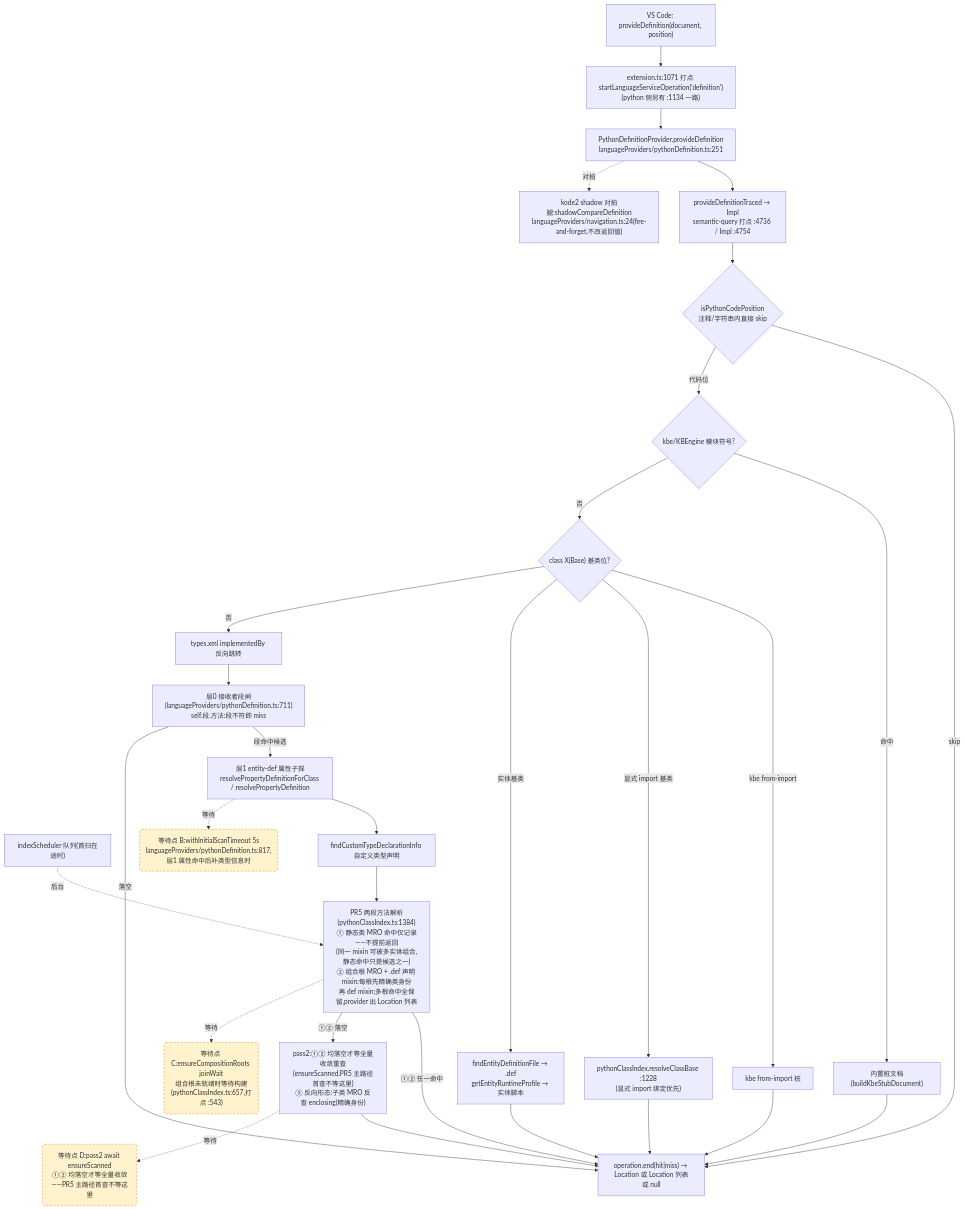
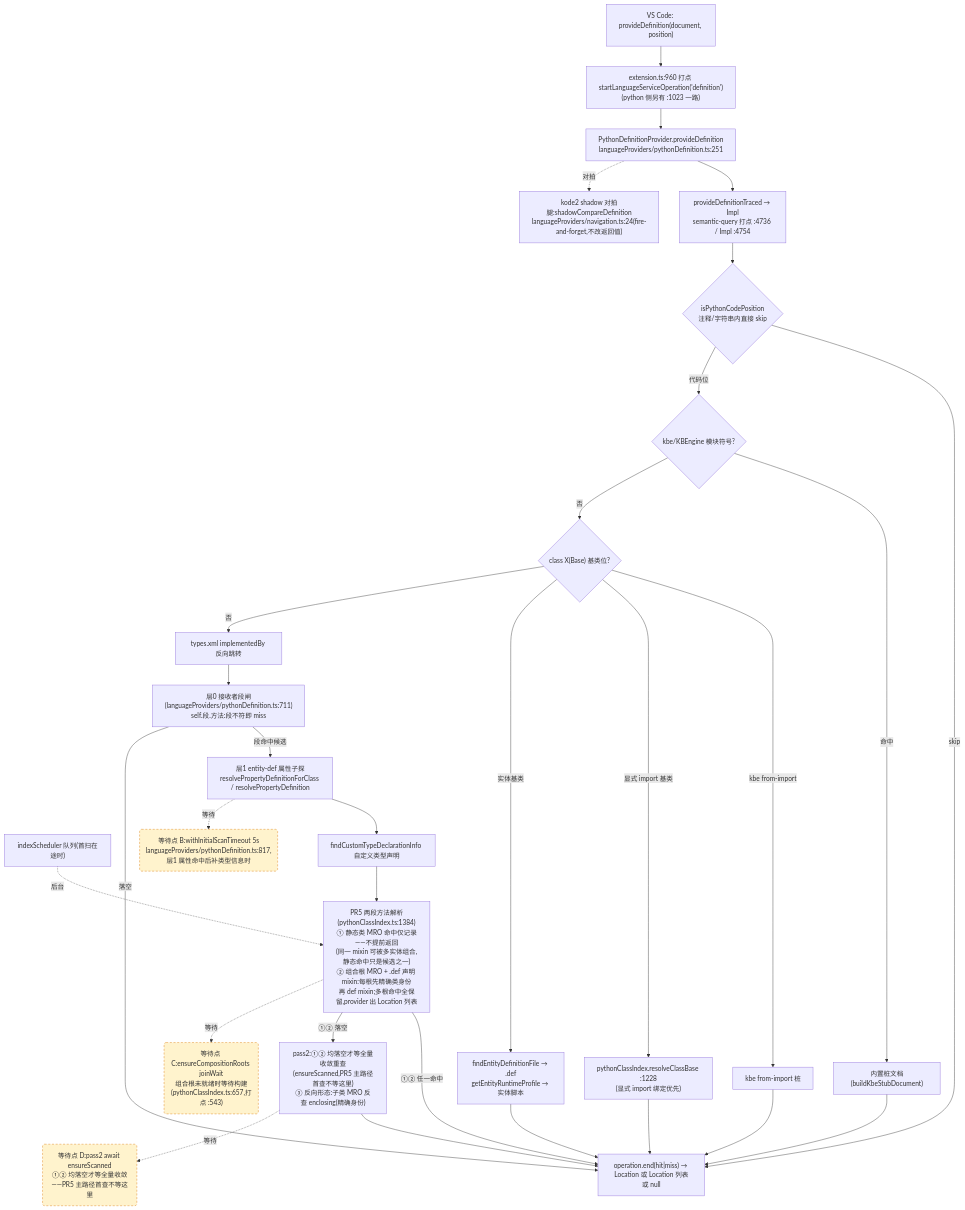
The second of 4 diagrams in docs/perf/2026-baseline.md (cuihairu/kode), drawn with Mermaid before and after one commit. The commit also changed other lines of this file and 3 other files, not shown here.

````diff
--- a/docs/perf/2026-baseline.md
+++ b/docs/perf/2026-baseline.md
@@ -130,51 +130,51 @@
 ```mermaid
 flowchart TD
   VC2["VS Code: provideDefinition(document, position)"]
-  M2["extension.ts:1071 打点 startLanguageServiceOperation('definition')<br/>(python 侧另有 :1134 一路)"]
+  M2["extension.ts:960 打点 startLanguageServiceOperation('definition')<br/>(python 侧另有 :1023 一路)"]
   AD2["PythonDefinitionProvider.provideDefinition<br/>languageProviders/pythonDefinition.ts:251"]
   TR["provideDefinitionTraced → Impl<br/>semantic-query 打点 :4736 / Impl :4754"]
   CTX{"isPythonCodePosition<br/>注释/字符串内直接 skip"}
   KBE{"kbe/KBEngine 模块符号?"}
   STUB["内置桩文档(buildKbeStubDocument)"]
   CB{"class X(Base) 基类位?"}
   CB1["kbe from-import 桩"]
   CB2["pythonClassIndex.resolveClassBase :1228<br/>(显式 import 绑定优先)"]
   CB3["findEntityDefinitionFile → .def<br/>getEntityRuntimeProfile → 实体脚本"]
   REV["types.xml implementedBy 反向跳转"]
   L0["层0 接收者段闸(languageProviders/pythonDefinition.ts:711)<br/>self.段.方法:段不符即 miss"]
   L1["层1 entity-def 属性子探<br/>resolvePropertyDefinitionForClass / resolvePropertyDefinition"]
   SCAN["indexScheduler 队列(首扫在途时)"]
   TY["findCustomTypeDeclarationInfo 自定义类型声明"]
   MRO["PR5 两段方法解析(pythonClassIndex.ts:1384)<br/>① 静态类 MRO 命中仅记录——不提前返回<br/>(同一 mixin 可被多实体组合,静态命中只是候选之一)<br/>② 组合根 MRO + .def 声明 mixin:每根先精确类身份<br/>再 def mixin;多根命中全保留,provider 出 Location 列表"]
   PASS2["pass2:①② 均落空才等全量收敛重查<br/>(ensureScanned,PR5 主路径首查不等这里)<br/>③ 反向形态:子类 MRO 反查 enclosing(精确身份)"]
   SHD["kode2 shadow 对拍腿:shadowCompareDefinition<br/>languageProviders/navigation.ts:24(fire-and-forget,不改返回值)"]
   END2["operation.end(hit|miss) → Location 或 Location 列表或 null"]
 
   VC2 --> M2 --> AD2 --> TR --> CTX
   CTX -- "skip" --> END2
   CTX -- "代码位" --> KBE
   KBE -- "命中" --> STUB --> END2
   KBE -- "否" --> CB
   CB -- "kbe from-import" --> CB1 --> END2
   CB -- "显式 import 基类" --> CB2 --> END2
   CB -- "实体基类" --> CB3 --> END2
   CB -- "否" --> REV --> L0
   L0 -- "段命中候选" --> L1
   L0 -- "落空" --> END2
   L1 --> TY
   TY --> MRO
   MRO -- "①② 任一命中" --> END2
   MRO -- "①② 落空" --> PASS2 --> END2
   AD2 -.->|对拍| SHD
 
   WAITB("等待点 B:withInitialScanTimeout 5s<br/>languageProviders/pythonDefinition.ts:817,层1 属性命中后补类型信息时")
   WAITC("等待点 C:ensureCompositionRoots joinWait<br/>组合根未就绪时等待构建(pythonClassIndex.ts:657,打点 :543)")
   WAITD("等待点 D:pass2 await ensureScanned<br/>①② 均落空才等全量收敛——PR5 主路径首查不等这里")
   L1 -.->|等待| WAITB
   MRO -.->|等待| WAITC
   PASS2 -.->|等待| WAITD
   SCAN -.->|后台| MRO
 
   classDef waitPoint fill:#fff3cd,stroke:#d97706,stroke-dasharray:5 4;
   class WAITB,WAITC,WAITD waitPoint;
 ```
````
